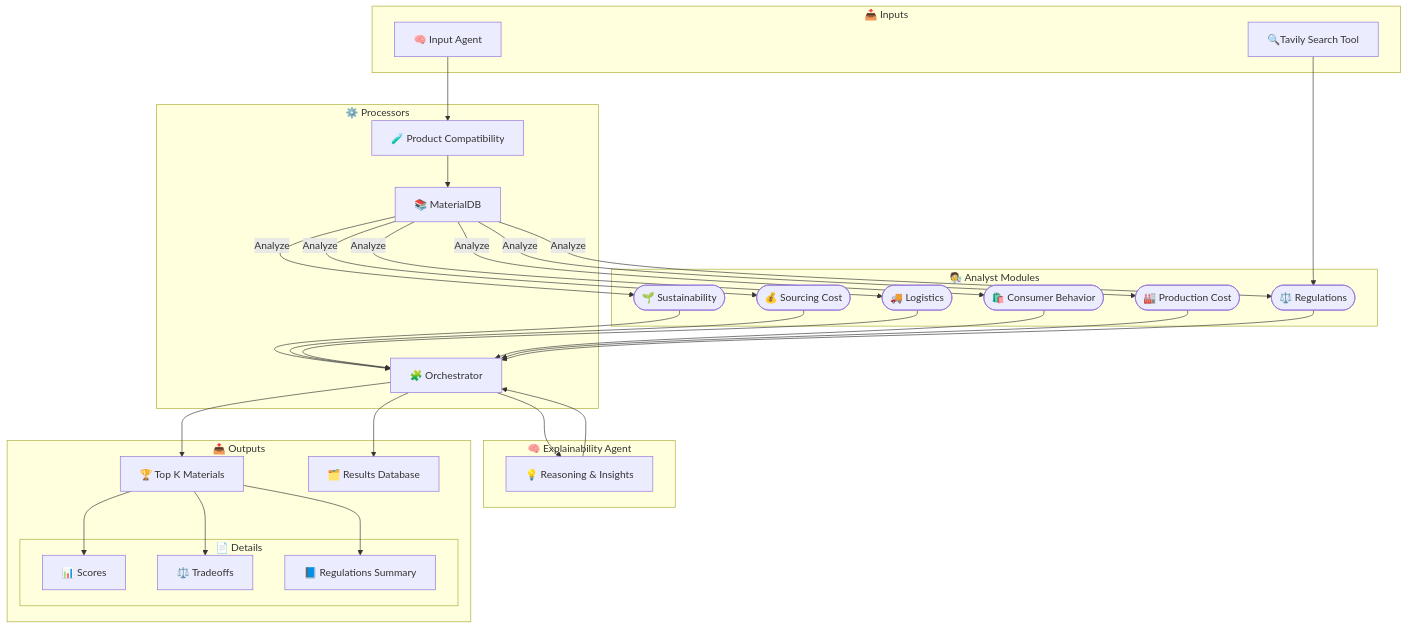
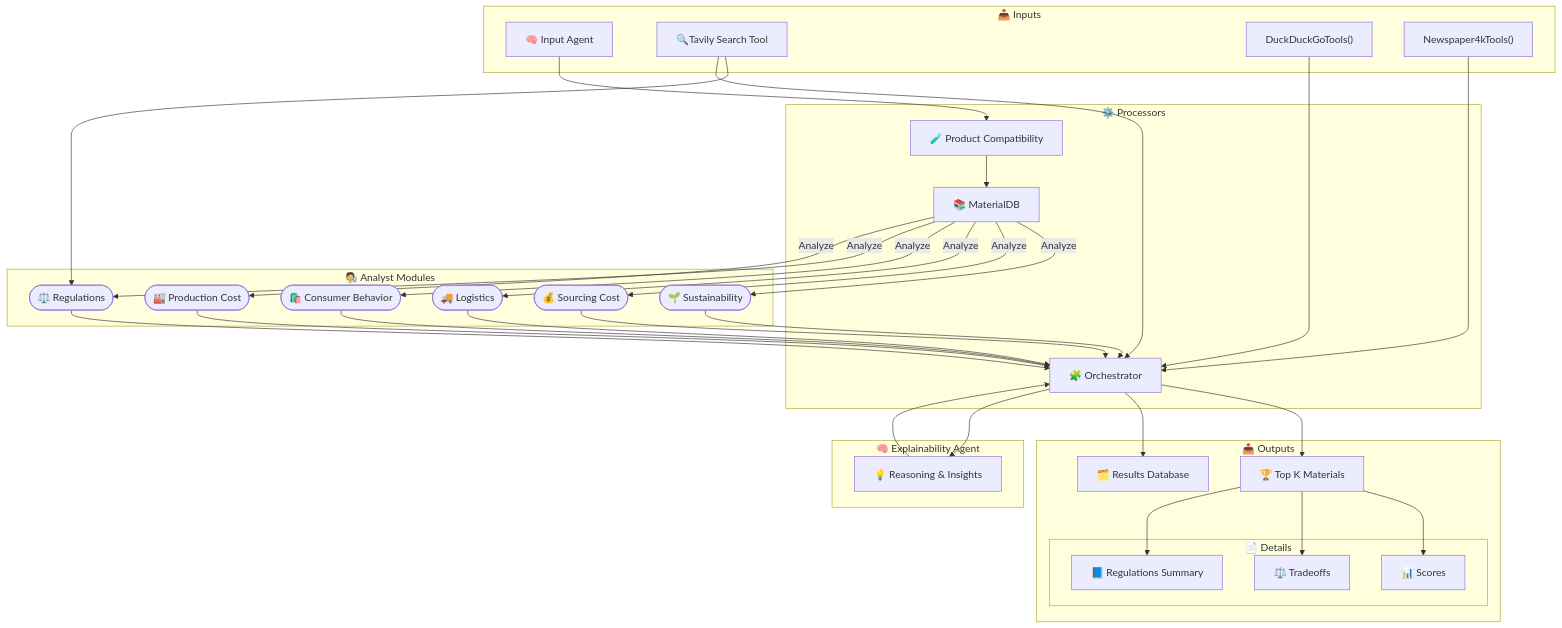
Before and after one commit to codegeek03/Blue_Yonder_Sustainable_Packaging_Challenge: the diagram in README.md, drawn with Mermaid.

````diff
--- a/README.md
+++ b/README.md
@@ -9,70 +9,76 @@
 ```mermaid
 ---
 config:
   layout: dagre
 ---
 flowchart TD
 
   %% Input Sources
   subgraph Inputs["📥 Inputs"]
     Z["🧠 Input Agent"]
     WikiSearch["🔍Tavily Search Tool"]
+    DuckDuckGo["DuckDuckGoTools()"]
+    Newspaper4kTools["Newspaper4kTools()"]
   end
 
   %% Analyst Group
   subgraph Analyst_Group["🧑‍🔬 Analyst Modules"]
     C(["🌱 Sustainability"])
     D(["💰 Sourcing Cost"])
     E(["🚚 Logistics"])
     F(["🛍️ Consumer Behavior"])
     R(["⚖️ Regulations"])
     P(["🏭 Production Cost"])
   end
 
   %% Processing Units
   subgraph Processors["⚙️ Processors"]
     A["🧪 Product Compatibility"]
     B["📚 MaterialDB"]
     G["🧩 Orchestrator"]
   end
 
   %% Explainability & Reasoning
   subgraph Explainability["🧠 Explainability Agent"]
     EX["💡 Reasoning & Insights"]
   end
 
   %% Output Results
   subgraph Outputs["📤 Outputs"]
     H["🏆 Top K Materials"]
     subgraph Details["📄 Details"]
       Scores["📊 Scores"]
       Tradeoffs["⚖️ Tradeoffs"]
       RegNotes["📘 Regulations Summary"]
     end
     ResultsDB["🗂️ Results Database"]
   end
 
   %% Data Flow
   Z --> A
   A --> B
   WikiSearch --> R
   B -- Analyze --> C & D & E & F & R & P
   C --> G
   D --> G
   E --> G
   F --> G
   P --> G
   R --> G
+  WikiSearch --> G
+  DuckDuckGo --> G
+  Newspaper4kTools --> G
 
   %% Orchestration to outputs and explainability
   G --> H
   G --> ResultsDB
   G --> EX
+  
 
   %% Details flow
   H --> Scores & Tradeoffs & RegNotes
 
   %% Explainability feedback loop
   EX --> G
 
 ```
````
